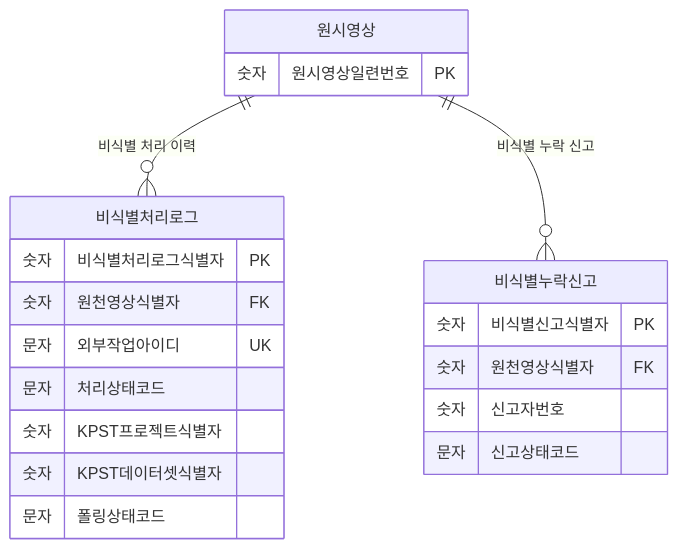
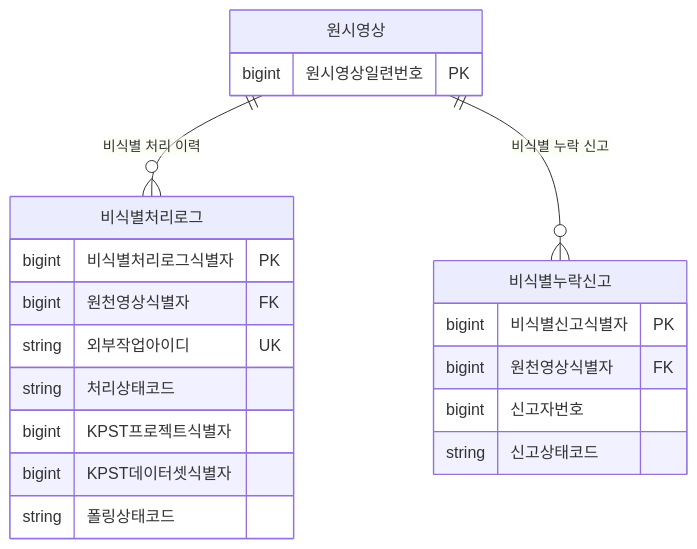
Before and after one commit to New-stella/klid-label: the fifth of 14 diagrams in docs/0705/D8-엔티티관계모형설계서.md, drawn with Mermaid. The commit also changed other lines of this file and 1 other file, not shown here.

First line of the commit message:
docs(D8): §2 속성명 한글화 + §1 ERD 타입 물리 원형 복원

````diff
--- a/docs/0705/D8-엔티티관계모형설계서.md
+++ b/docs/0705/D8-엔티티관계모형설계서.md
@@ -219,26 +219,26 @@
 ```mermaid
 erDiagram
     원시영상 ||--o{ 비식별처리로그 : "비식별 처리 이력"
     원시영상 ||--o{ 비식별누락신고 : "비식별 누락 신고"
     원시영상 {
         %% class: LsDataRaw (KLID-AT-DC-012)
-        숫자 원시영상일련번호 PK
+        bigint 원시영상일련번호 PK
     }
     비식별처리로그 {
         %% class: LsDeidentProcLog (KLID-AT-DC-053)
-        숫자 비식별처리로그식별자 PK
-        숫자 원천영상식별자 FK
-        문자 외부작업아이디 UK
-        문자 처리상태코드
-        숫자 KPST프로젝트식별자
-        숫자 KPST데이터셋식별자
-        문자 폴링상태코드
+        bigint 비식별처리로그식별자 PK
+        bigint 원천영상식별자 FK
+        string 외부작업아이디 UK
+        string 처리상태코드
+        bigint KPST프로젝트식별자
+        bigint KPST데이터셋식별자
+        string 폴링상태코드
     }
     비식별누락신고 {
         %% class: LsDeidentReport (KLID-AT-DC-082)
-        숫자 비식별신고식별자 PK
-        숫자 원천영상식별자 FK
-        숫자 신고자번호
-        문자 신고상태코드
+        bigint 비식별신고식별자 PK
+        bigint 원천영상식별자 FK
+        bigint 신고자번호
+        string 신고상태코드
     }
 ```
````
